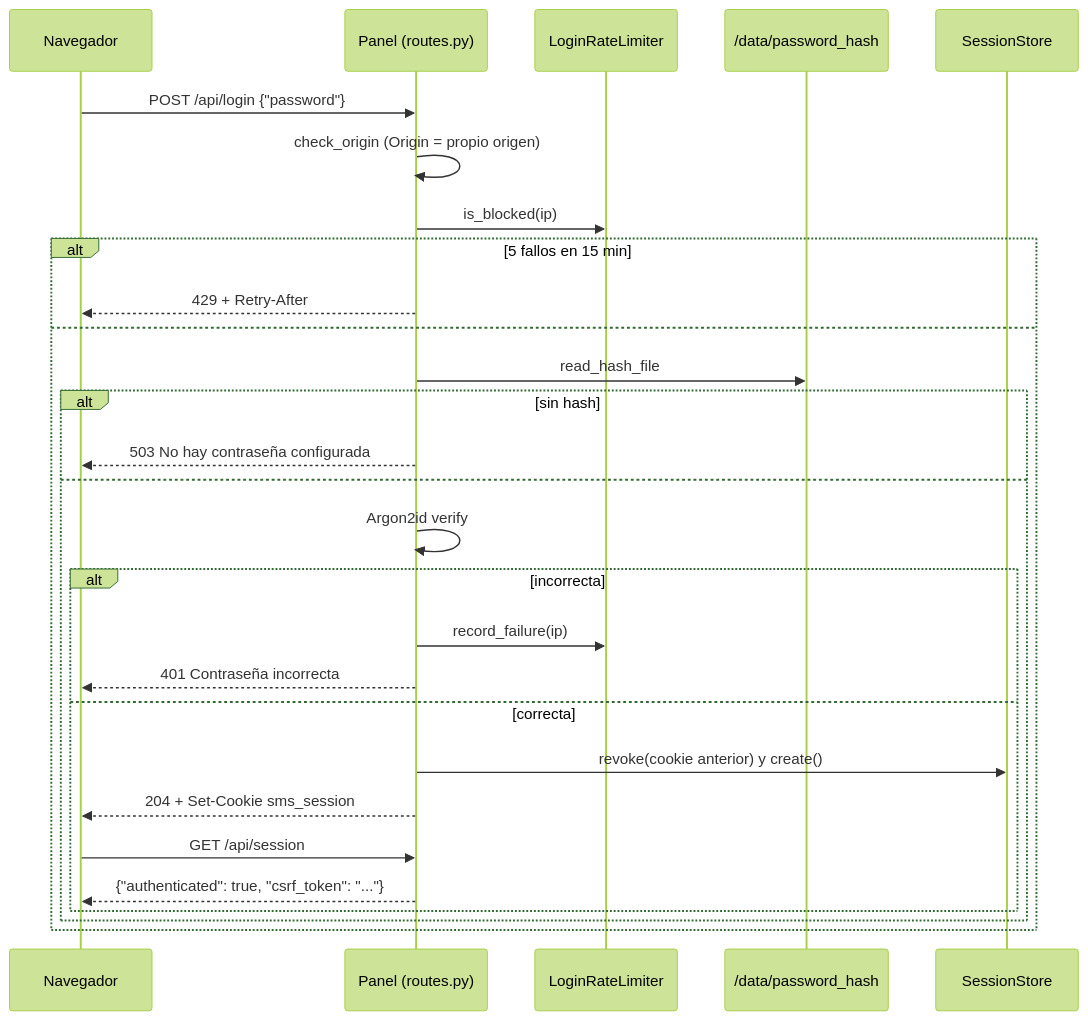
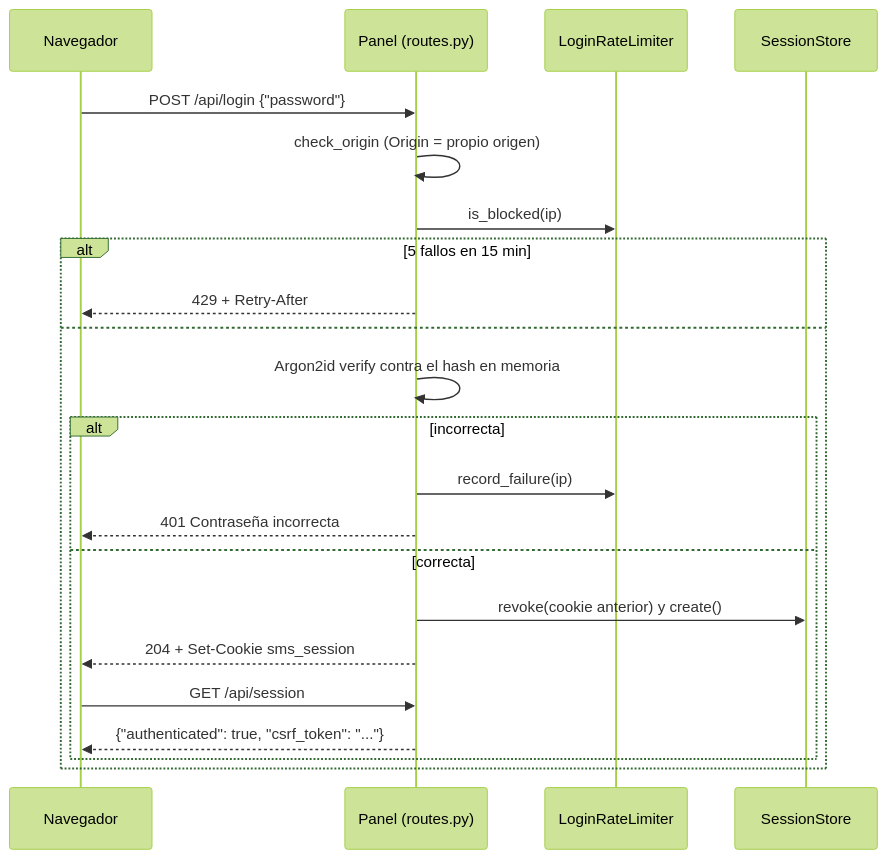
The first of 4 diagrams in docs/04-backend.md (javialbala/Server-Monitoring-Service), drawn with Mermaid (forest theme) before and after one commit. The commit also changed other lines of this file and 17 other files, not shown here.

````diff
--- a/docs/04-backend.md
+++ b/docs/04-backend.md
@@ -227,31 +209,25 @@
 ```mermaid
 sequenceDiagram
     participant B as Navegador
     participant P as Panel (routes.py)
     participant L as LoginRateLimiter
-    participant H as /data/password_hash
     participant S as SessionStore
 
     B->>P: POST /api/login {"password"}
     P->>P: check_origin (Origin = propio origen)
     P->>L: is_blocked(ip)
     alt 5 fallos en 15 min
         P-->>B: 429 + Retry-After
     else
-        P->>H: read_hash_file
-        alt sin hash
-            P-->>B: 503 No hay contraseña configurada
-        else
-            P->>P: Argon2id verify
-            alt incorrecta
-                P->>L: record_failure(ip)
-                P-->>B: 401 Contraseña incorrecta
-            else correcta
-                P->>S: revoke(cookie anterior) y create()
-                P-->>B: 204 + Set-Cookie sms_session
-                B->>P: GET /api/session
-                P-->>B: {"authenticated": true, "csrf_token": "..."}
-            end
+        P->>P: Argon2id verify contra el hash en memoria
+        alt incorrecta
+            P->>L: record_failure(ip)
+            P-->>B: 401 Contraseña incorrecta
+        else correcta
+            P->>S: revoke(cookie anterior) y create()
+            P-->>B: 204 + Set-Cookie sms_session
+            B->>P: GET /api/session
+            P-->>B: {"authenticated": true, "csrf_token": "..."}
         end
     end
 ```
````
